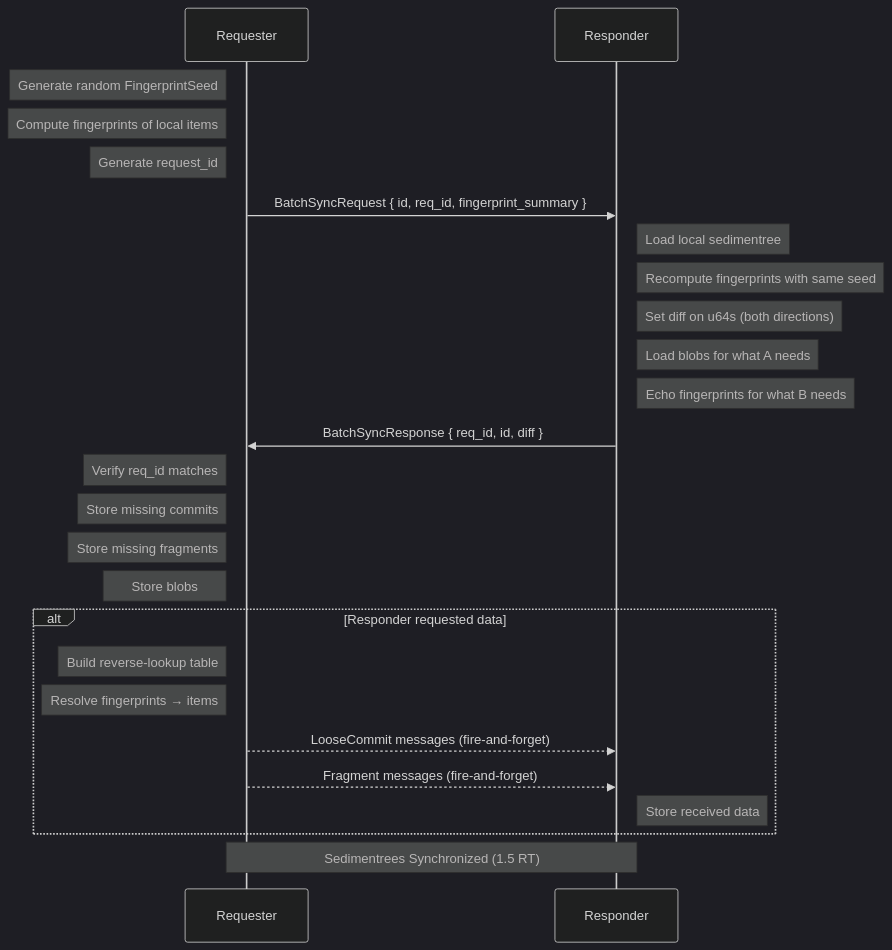
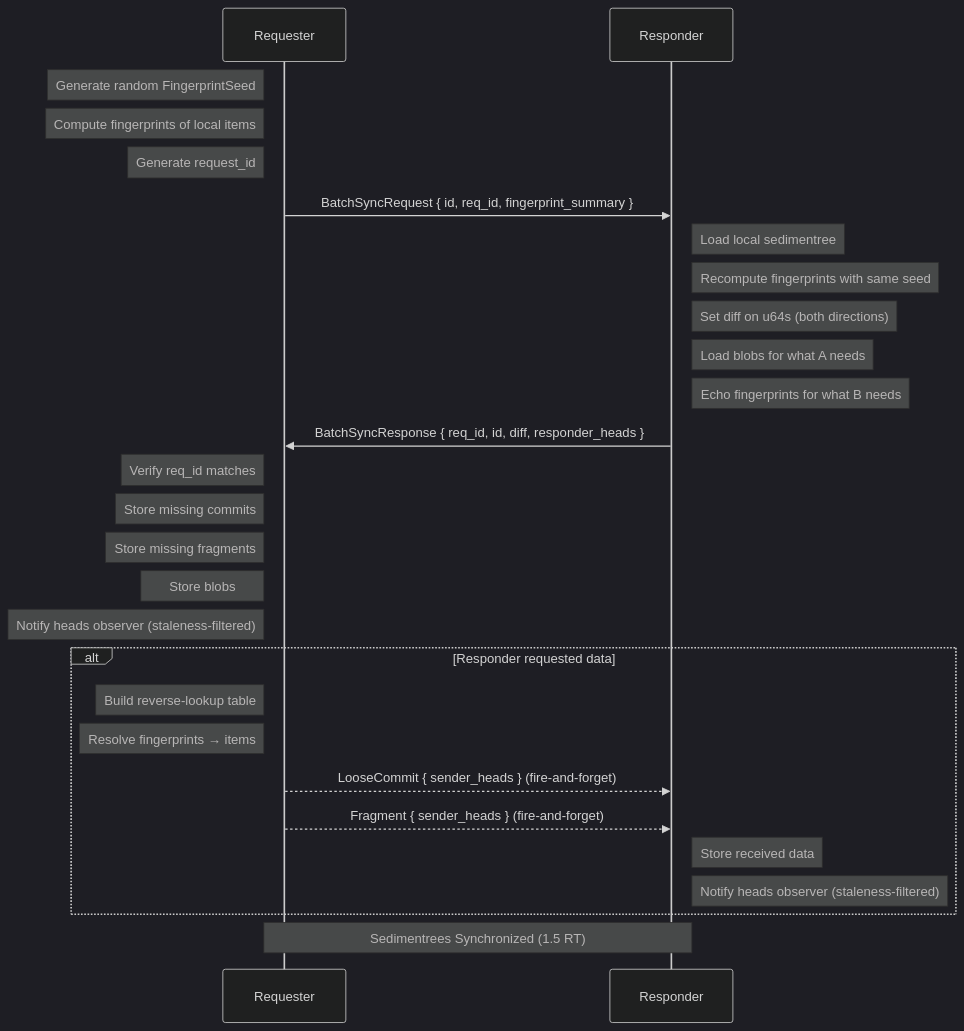
Before and after one commit to inkandswitch/subduction: the third of 3 diagrams in design/sync/batch.md, drawn with Mermaid (dark theme). The commit also changed other lines of this file and 34 other files, not shown here.

````diff
--- a/design/sync/batch.md
+++ b/design/sync/batch.md
@@ -216,34 +242,36 @@
 ```mermaid
 sequenceDiagram
     participant A as Requester
     participant B as Responder
 
     Note left of A: Generate random FingerprintSeed
     Note left of A: Compute fingerprints of local items
     Note left of A: Generate request_id
 
     A->>B: BatchSyncRequest { id, req_id, fingerprint_summary }
 
     Note right of B: Load local sedimentree
     Note right of B: Recompute fingerprints with same seed
     Note right of B: Set diff on u64s (both directions)
     Note right of B: Load blobs for what A needs
     Note right of B: Echo fingerprints for what B needs
 
-    B->>A: BatchSyncResponse { req_id, id, diff }
+    B->>A: BatchSyncResponse { req_id, id, diff, responder_heads }
 
     Note left of A: Verify req_id matches
     Note left of A: Store missing commits
     Note left of A: Store missing fragments
     Note left of A: Store blobs
+    Note left of A: Notify heads observer (staleness-filtered)
 
     alt Responder requested data
         Note left of A: Build reverse-lookup table
         Note left of A: Resolve fingerprints → items
-        A-->>B: LooseCommit messages (fire-and-forget)
-        A-->>B: Fragment messages (fire-and-forget)
+        A-->>B: LooseCommit { sender_heads } (fire-and-forget)
+        A-->>B: Fragment { sender_heads } (fire-and-forget)
         Note right of B: Store received data
+        Note right of B: Notify heads observer (staleness-filtered)
     end
 
     Note over A,B: Sedimentrees Synchronized (1.5 RT)
 ```
````
